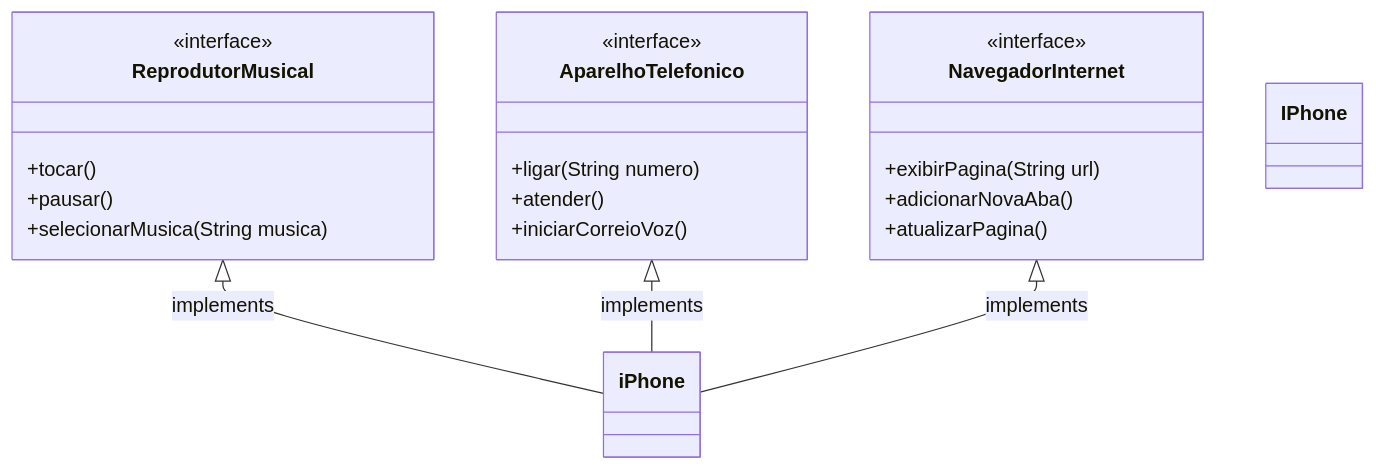
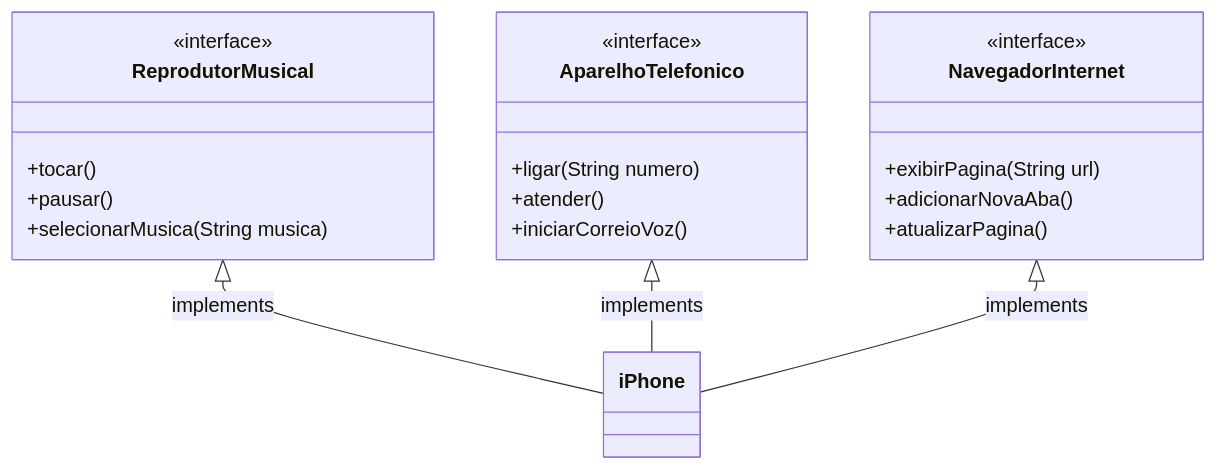
One commit to hudson-harca/poo-desafio changed the diagram in README.md. Above: the diagram before and after it, drawn with Mermaid.

````diff
--- a/README.md
+++ b/README.md
@@ -6,32 +6,29 @@
 ```mermaid
 classDiagram
 
     class ReprodutorMusical{
         <<interface>>
         +tocar()
         +pausar()
         +selecionarMusica(String musica)
     }
 
     class AparelhoTelefonico {
         <<interface>>
         +ligar(String numero)
         +atender()
         +iniciarCorreioVoz()
     }
 
     class NavegadorInternet {
         <<interface>>
         +exibirPagina(String url)
         +adicionarNovaAba()
         +atualizarPagina()
     }
 
-    class IPhone {
-    }
-
     ReprodutorMusical <|-- iPhone : implements 
     AparelhoTelefonico <|-- iPhone : implements 
     NavegadorInternet <|-- iPhone : implements 
 
 ```
````
